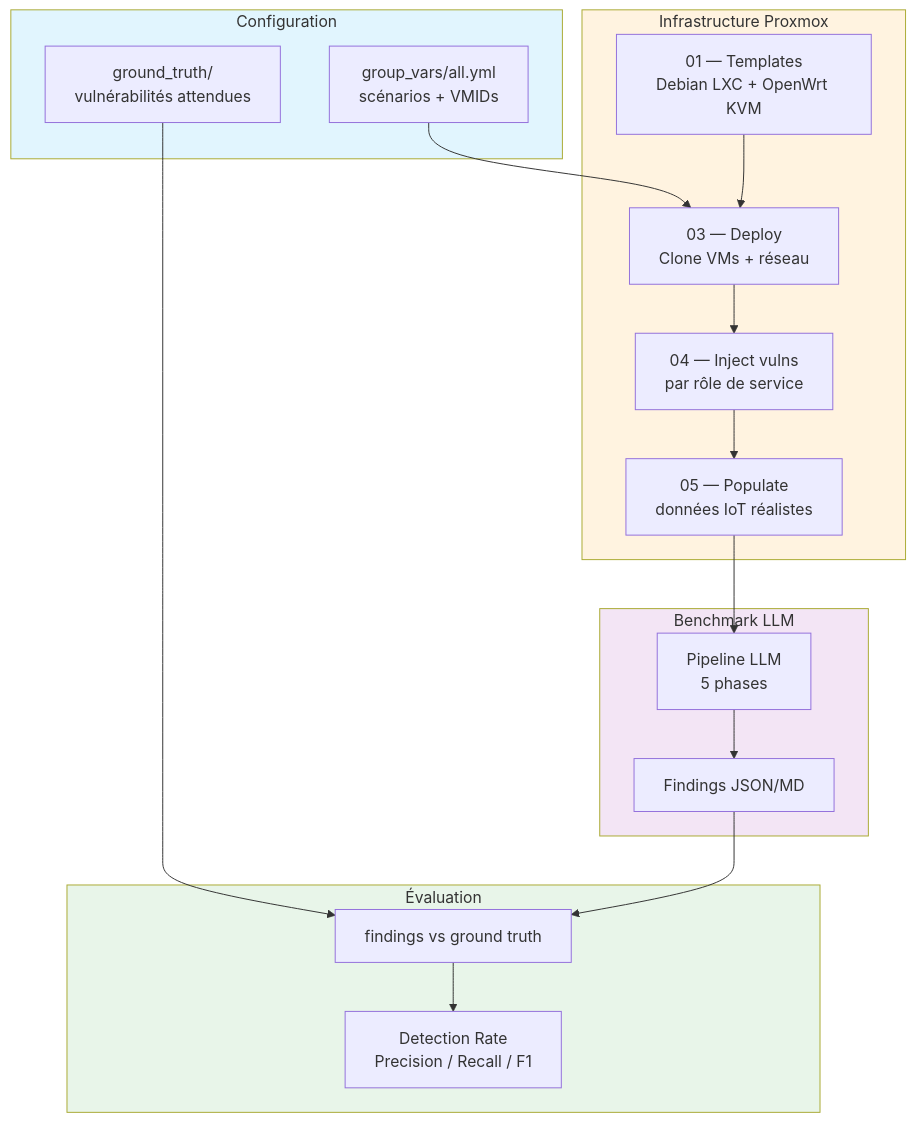
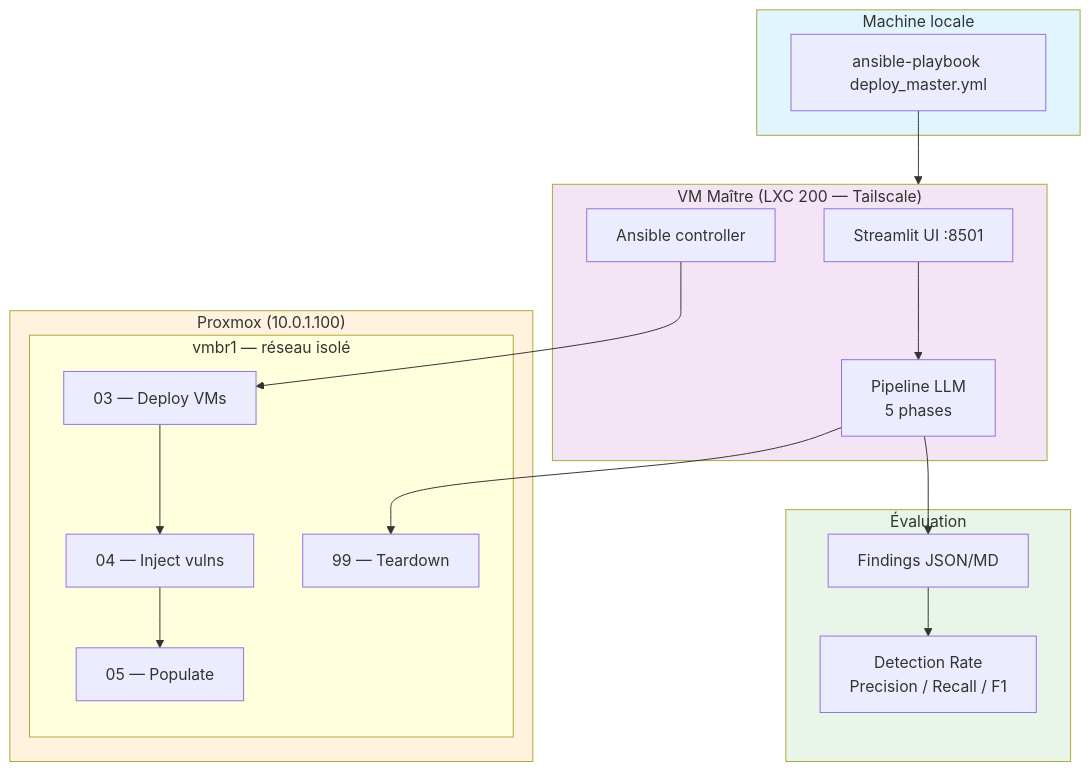
One commit to Tanguyvans/LANCE changed the diagram in benchmarks/README.md. Above: the diagram before and after it, drawn with Mermaid. The commit also changed other lines of this file and 4 other files, not shown here.

Commit message:
amélioration de la gestion des scénarios dans le pipeline ; ajout de la fonctionnalité de nettoyage automatique des VMs après l'exécution ; mise à jour de la documentation et des scripts de déploiement

````diff
--- a/benchmarks/README.md
+++ b/benchmarks/README.md
@@ -7,34 +7,37 @@
 ```mermaid
 graph TB
-    subgraph Config["Configuration"]
-        GV[group_vars/all.yml<br/>scénarios + VMIDs]
-        GT[ground_truth/<br/>vulnérabilités attendues]
+    subgraph Local["Machine locale"]
+        DEPLOY_MASTER[ansible-playbook deploy_master.yml]
     end
 
-    subgraph Infra["Infrastructure Proxmox"]
-        TPL[01 — Templates<br/>Debian LXC + OpenWrt KVM]
-        DEPLOY[03 — Deploy<br/>Clone VMs + réseau]
-        INJECT[04 — Inject vulns<br/>par rôle de service]
-        POPULATE[05 — Populate<br/>données IoT réalistes]
+    subgraph Master["VM Maître (LXC 200 — Tailscale)"]
+        STREAMLIT[Streamlit UI :8501]
+        PIPELINE[Pipeline LLM<br/>5 phases]
+        ANSIBLE_CTL[Ansible controller]
     end
 
-    subgraph Run["Benchmark LLM"]
-        AGENT[Pipeline LLM<br/>5 phases]
-        FINDINGS[Findings JSON/MD]
+    subgraph Proxmox["Proxmox (10.0.1.100)"]
+        subgraph Benchmark["vmbr1 — réseau isolé"]
+            DEPLOY[03 — Deploy VMs]
+            INJECT[04 — Inject vulns]
+            POPULATE[05 — Populate]
+            TEARDOWN[99 — Teardown]
+        end
     end
 
     subgraph Eval["Évaluation"]
-        COMPARE[findings vs ground truth]
+        FINDINGS[Findings JSON/MD]
         METRICS[Detection Rate<br/>Precision / Recall / F1]
     end
 
-    GV --> DEPLOY
-    GT --> COMPARE
-    TPL --> DEPLOY --> INJECT --> POPULATE
-    POPULATE --> AGENT --> FINDINGS --> COMPARE --> METRICS
+    DEPLOY_MASTER --> Master
+    STREAMLIT --> PIPELINE
+    ANSIBLE_CTL --> DEPLOY --> INJECT --> POPULATE
+    PIPELINE --> FINDINGS --> METRICS
+    PIPELINE --> TEARDOWN
 
-    style Config fill:#e1f5fe
-    style Infra fill:#fff3e0
-    style Run fill:#f3e5f5
+    style Local fill:#e1f5fe
+    style Master fill:#f3e5f5
+    style Proxmox fill:#fff3e0
     style Eval fill:#e8f5e9
 ```
````
